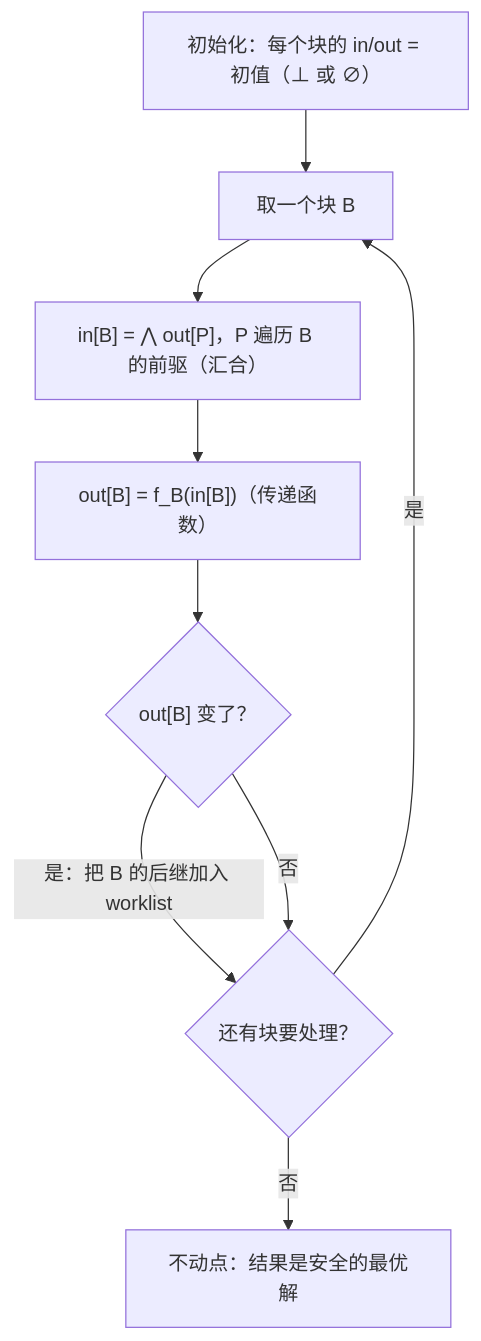
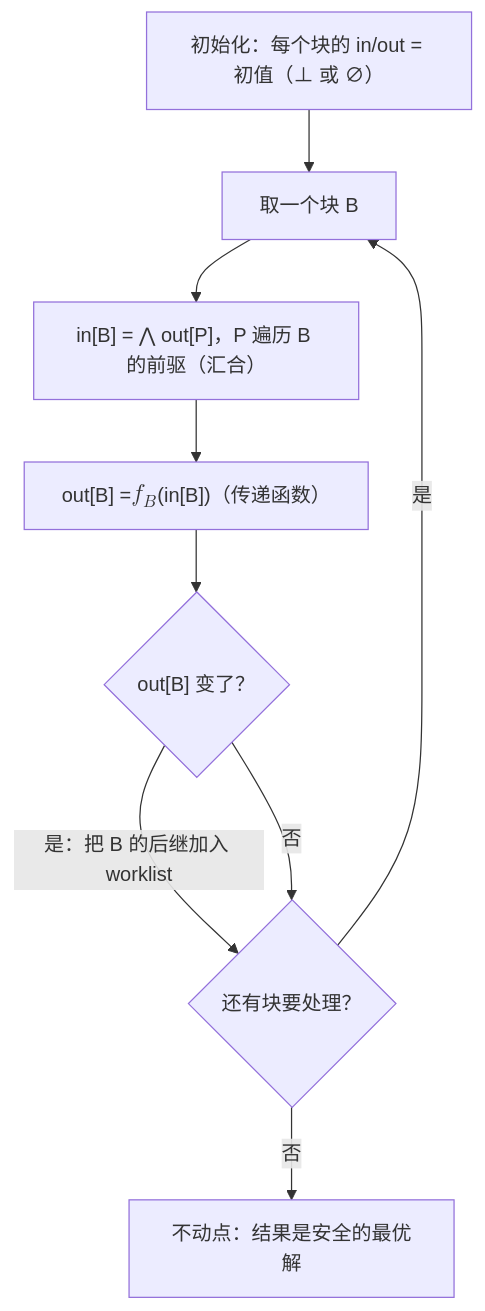
One commit to arganzheng/arganzheng.github.com changed the sixth of 8 diagrams in _posts/2026-11-22-compiler-skeleton-ir-ssa-and-passes.md. Above: the diagram before and after it, drawn with Mermaid.

Commit message:
ML 编译器内部（01）：编译器的骨架——IR、SSA 与 pass：Mermaid 伪公式改用 KaTeX
Mermaid 里的伪公式（Unicode 上下标、下划线下标、ᵀ、帽子 / 波浪号、希腊字母变量）改为 $$…$$，按正文的写法排版：
- $$f_B$$

代码名、形状写法、只有 ² 的写法保持原样。

````diff
--- a/_posts/2026-11-22-compiler-skeleton-ir-ssa-and-passes.md
+++ b/_posts/2026-11-22-compiler-skeleton-ir-ssa-and-passes.md
@@ -409,16 +409,16 @@
 ```mermaid
 %% 图：数据流分析的不动点迭代：取一个块，汇合前驱的 out 得到 in，应用传递函数得到 out，变了就把后继加入 worklist
 flowchart TB
     init["初始化：每个块的 in/out = 初值（⊥ 或 ∅）"]
     pick["取一个块 B"]
     join["in#91;B#93; = ⋀ out#91;P#93;，P 遍历 B 的前驱（汇合）"]
-    xfer["out#91;B#93; = f_B(in#91;B#93;)（传递函数）"]
+    xfer["out#91;B#93; = $$f_B$$(in#91;B#93;)（传递函数）"]
     changed{"out#91;B#93; 变了？"}
     more{"还有块要处理？"}
     done["不动点：结果是安全的最优解"]
     init --> pick --> join --> xfer --> changed
     changed -- "是：把 B 的后继加入 worklist" --> more
     changed -- "否" --> more
     more -- "是" --> pick
     more -- "否" --> done
 ```
````
